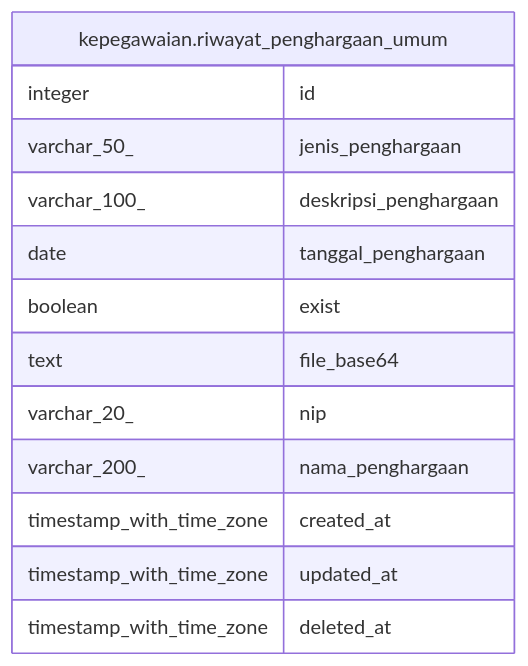
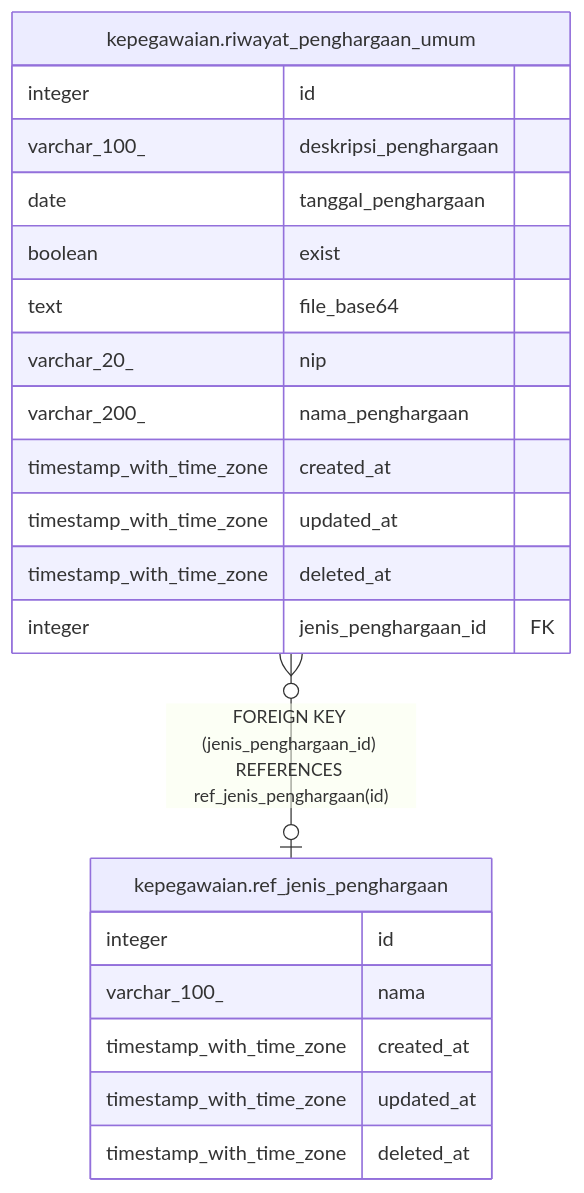
Before and after one commit to nandanugg/triforce.nvim: the diagram in services/kepegawaian/docs/db/kepegawaian.riwayat_penghargaan_umum.md, drawn with Mermaid. The commit also changed other lines of this file and 49 other files, not shown here.

````diff
--- a/services/kepegawaian/docs/db/kepegawaian.riwayat_penghargaan_umum.md
+++ b/services/kepegawaian/docs/db/kepegawaian.riwayat_penghargaan_umum.md
@@ -35,18 +39,26 @@
 ```mermaid
 erDiagram
 
+"kepegawaian.riwayat_penghargaan_umum" }o--o| "kepegawaian.ref_jenis_penghargaan" : "FOREIGN KEY (jenis_penghargaan_id) REFERENCES ref_jenis_penghargaan(id)"
 
 "kepegawaian.riwayat_penghargaan_umum" {
   integer id
-  varchar_50_ jenis_penghargaan
   varchar_100_ deskripsi_penghargaan
   date tanggal_penghargaan
   boolean exist
   text file_base64
   varchar_20_ nip
   varchar_200_ nama_penghargaan
   timestamp_with_time_zone created_at
   timestamp_with_time_zone updated_at
   timestamp_with_time_zone deleted_at
+  integer jenis_penghargaan_id FK
+}
+"kepegawaian.ref_jenis_penghargaan" {
+  integer id
+  varchar_100_ nama
+  timestamp_with_time_zone created_at
+  timestamp_with_time_zone updated_at
+  timestamp_with_time_zone deleted_at
 }
 ```
````
